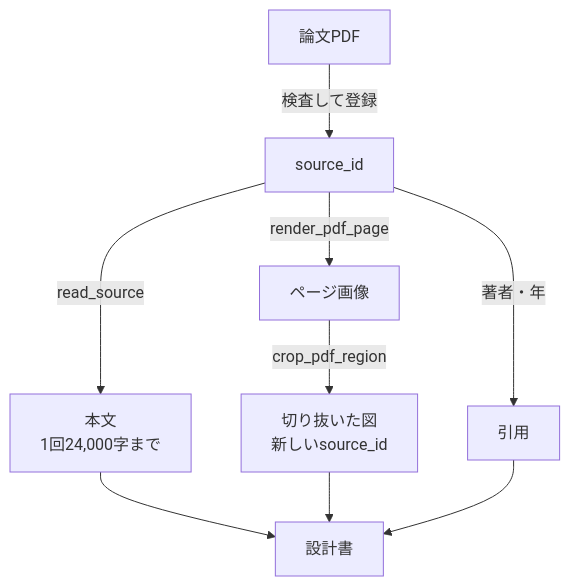
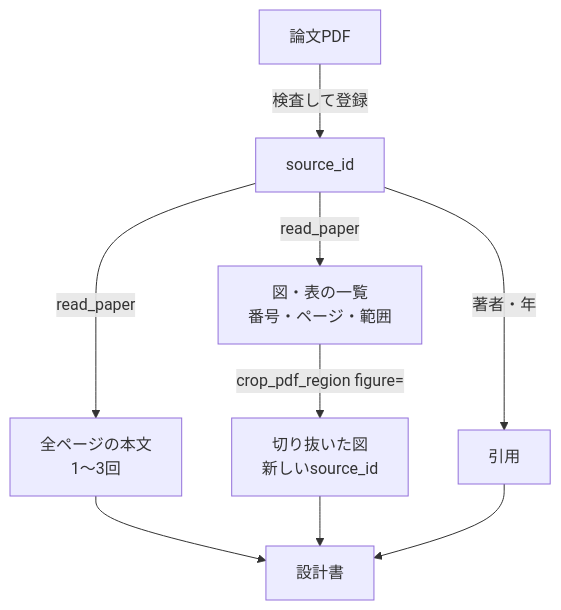
The third of 4 diagrams in docs/06-content.md (cercil0605/ResearchSlideAgent), drawn with Mermaid before and after one commit. The commit also changed other lines of this file and 10 other files, not shown here.

First line of the commit message:
Add read_paper and crop figures by number

````diff
--- a/docs/06-content.md
+++ b/docs/06-content.md
@@ -55,11 +55,11 @@
 ```mermaid
 flowchart TD
     P[論文PDF] -->|検査して登録| S1[source_id]
-    S1 -->|read_source| T[本文<br/>1回24,000字まで]
-    S1 -->|render_pdf_page| I[ページ画像]
-    I -->|crop_pdf_region| F[切り抜いた図<br/>新しいsource_id]
+    S1 -->|read_paper| T[全ページの本文<br/>1〜3回]
+    S1 -->|read_paper| L[図・表の一覧<br/>番号・ページ・範囲]
+    L -->|crop_pdf_region figure=| F[切り抜いた図<br/>新しいsource_id]
     T --> SP[設計書]
     F --> SP
     S1 -->|著者・年| C[引用]
     C --> SP
 ```
````
